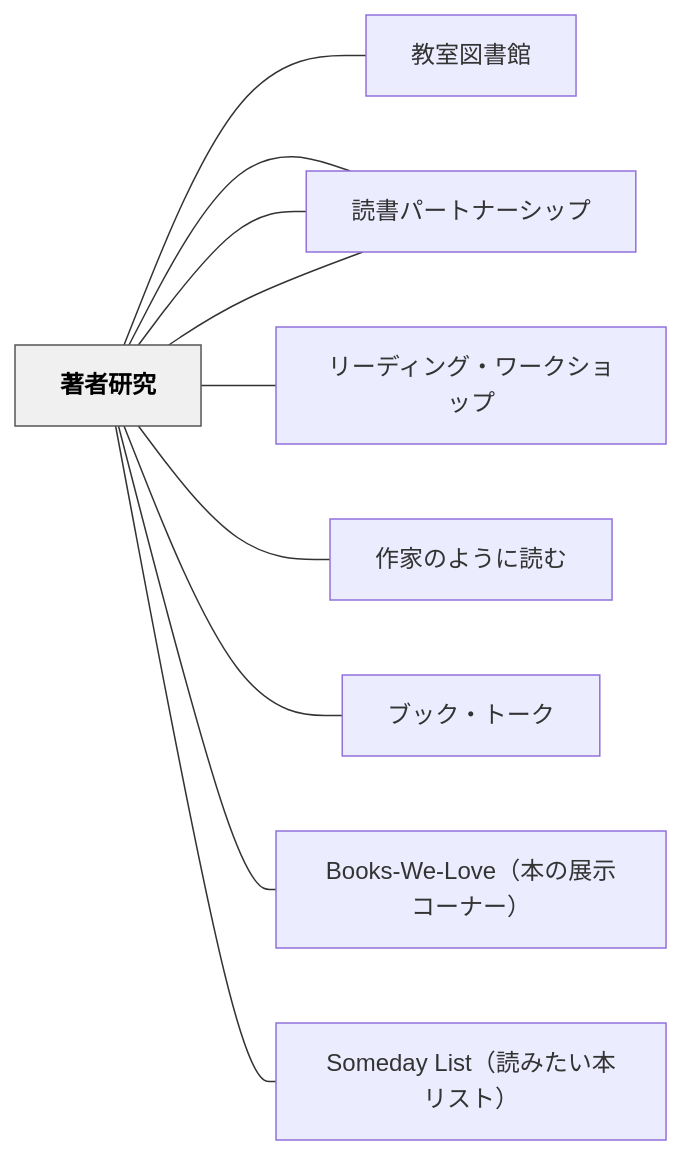
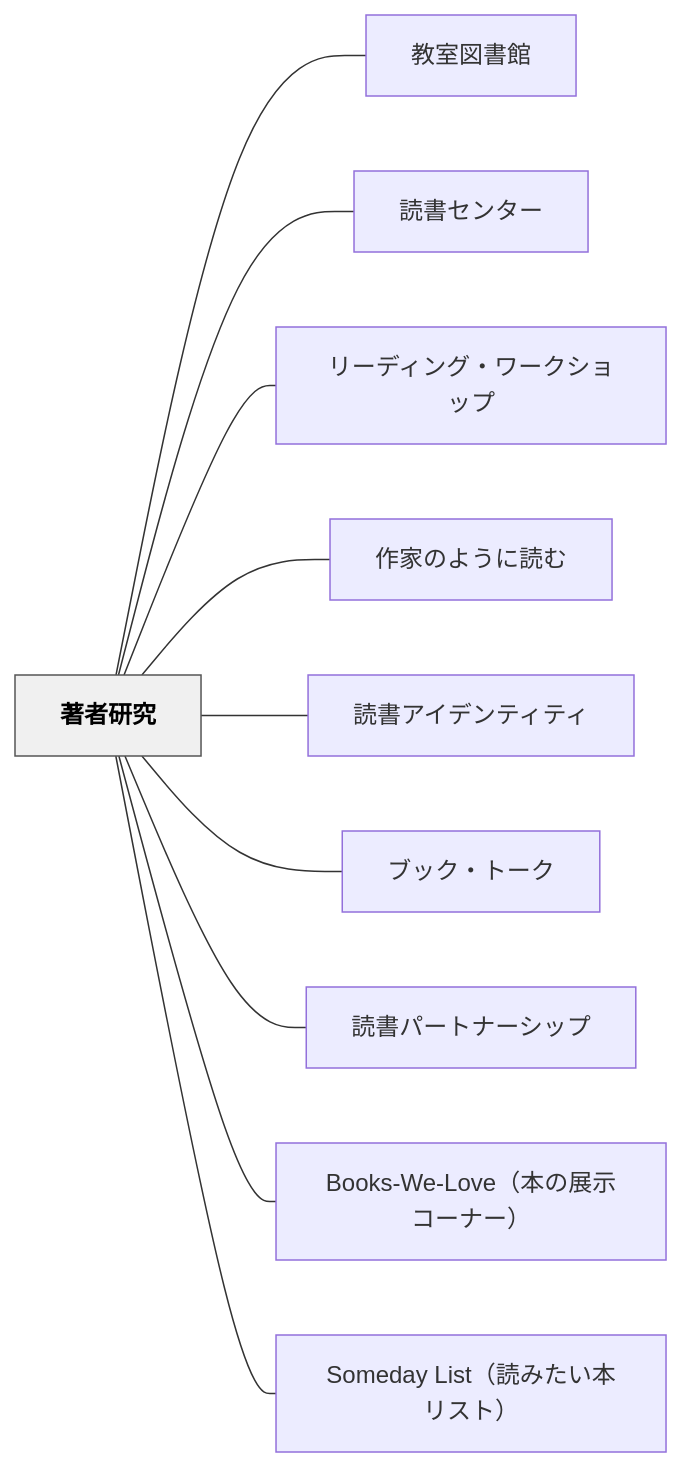
One commit to unknownthings-ed-patterns/unknownthings-ed-patterns changed the diagram in content/パタン/著者研究.md. Above: the diagram before and after it, drawn with Mermaid. The commit also changed 527 other files, not shown here.

````diff
--- a/content/パタン/著者研究.md
+++ b/content/パタン/著者研究.md
@@ -109,26 +109,26 @@
 ```mermaid
 flowchart LR
-    ne89197e88085["著者研究"]
-    ne69599e5aea4["教室図書館"]
-    ne8aaade69bb8["読書センター"]
-    ne383aae383bc["リーディング・ワークショップ"]
-    ne4bd9ce5aeb6["作家のように読む"]
-    ne8aaade69bb8["読書アイデンティティ"]
-    ne38396e38383["ブック・トーク"]
-    ne8aaade69bb8["読書パートナーシップ"]
-    n426f6f6b732d["Books-We-Love（本の展示コーナー）"]
-    n536f6d656461["Someday List（読みたい本リスト）"]
+    ne89197e88085e7a094e7a9b6["著者研究"]
+    ne69599e5aea4e59bb3e69bb8e9a4a8["教室図書館"]
+    ne8aaade69bb8e382bbe383b3e382bfe383bc["読書センター"]
+    ne383aae383bce38387e382a3e383b3e382b0e383bbe383afe383bce382afe382b7e383a7e38383e38397["リーディング・ワークショップ"]
+    ne4bd9ce5aeb6e381aee38288e38186e381abe8aaade38280["作家のように読む"]
+    ne8aaade69bb8e382a2e382a4e38387e383b3e38386e382a3e38386e382a3["読書アイデンティティ"]
+    ne38396e38383e382afe383bbe38388e383bce382af["ブック・トーク"]
+    ne8aaade69bb8e38391e383bce38388e3838ae383bce382b7e38383e38397["読書パートナーシップ"]
+    n426f6f6b732d57652d4c6f7665efbc88e69cace381aee5b195e7a4bae382b3e383bce3838ae383bcefbc89["Books-We-Love（本の展示コーナー）"]
+    n536f6d65646179204c697374efbc88e8aaade381bfe3819fe38184e69cace383aae382b9e38388efbc89["Someday List（読みたい本リスト）"]
 
-    ne89197e88085 --- ne69599e5aea4
-    ne89197e88085 --- ne8aaade69bb8
-    ne89197e88085 --- ne383aae383bc
-    ne89197e88085 --- ne4bd9ce5aeb6
-    ne89197e88085 --- ne8aaade69bb8
-    ne89197e88085 --- ne38396e38383
-    ne89197e88085 --- ne8aaade69bb8
-    ne89197e88085 --- n426f6f6b732d
-    ne89197e88085 --- n536f6d656461
+    ne89197e88085e7a094e7a9b6 --- ne69599e5aea4e59bb3e69bb8e9a4a8
+    ne89197e88085e7a094e7a9b6 --- ne8aaade69bb8e382bbe383b3e382bfe383bc
+    ne89197e88085e7a094e7a9b6 --- ne383aae383bce38387e382a3e383b3e382b0e383bbe383afe383bce382afe382b7e383a7e38383e38397
+    ne89197e88085e7a094e7a9b6 --- ne4bd9ce5aeb6e381aee38288e38186e381abe8aaade38280
+    ne89197e88085e7a094e7a9b6 --- ne8aaade69bb8e382a2e382a4e38387e383b3e38386e382a3e38386e382a3
+    ne89197e88085e7a094e7a9b6 --- ne38396e38383e382afe383bbe38388e383bce382af
+    ne89197e88085e7a094e7a9b6 --- ne8aaade69bb8e38391e383bce38388e3838ae383bce382b7e38383e38397
+    ne89197e88085e7a094e7a9b6 --- n426f6f6b732d57652d4c6f7665efbc88e69cace381aee5b195e7a4bae382b3e383bce3838ae383bcefbc89
+    ne89197e88085e7a094e7a9b6 --- n536f6d65646179204c697374efbc88e8aaade381bfe3819fe38184e69cace383aae382b9e38388efbc89
 
     classDef hub fill:#f0f0f0,stroke:#555,color:#000,font-weight:bold
-    class ne89197e88085 hub
+    class ne89197e88085e7a094e7a9b6 hub
 ```
````
